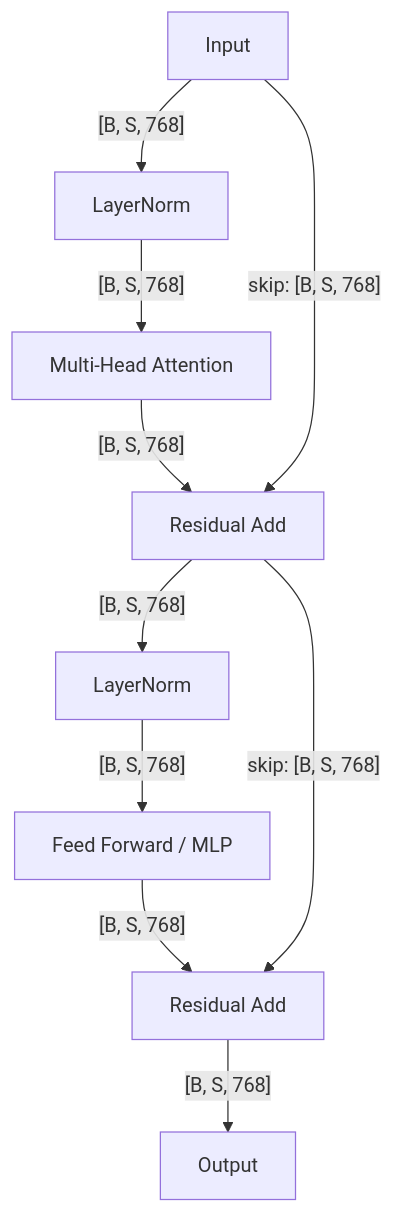
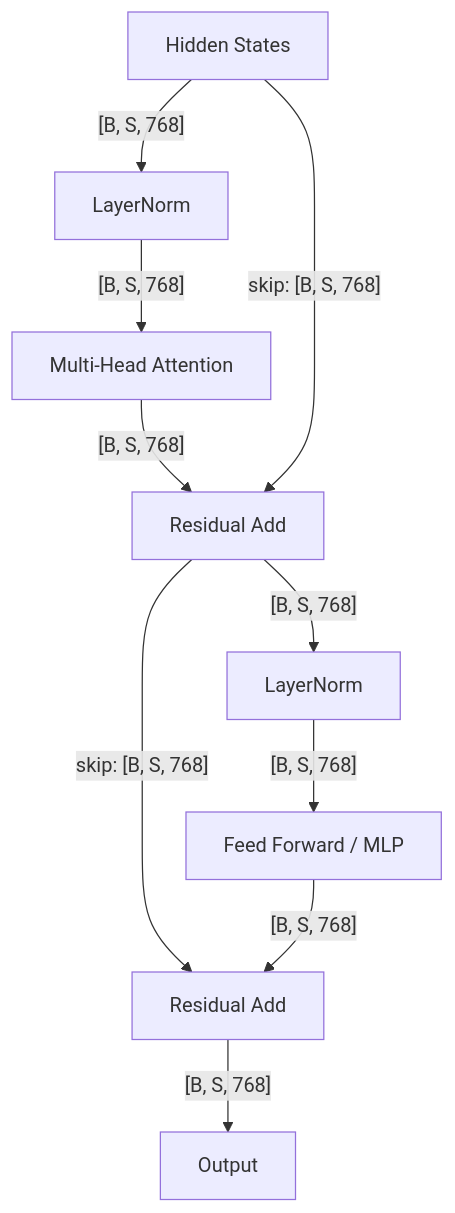
The diagram in output/gpt2/transformer_block.mmd (pranavsinghpatil/model-anatomy), drawn with Mermaid before and after one commit. The commit also changed 27 other files, not shown here.

```diff
--- a/output/gpt2/transformer_block.mmd
+++ b/output/gpt2/transformer_block.mmd
@@ -1,18 +1,18 @@
 flowchart TD
-    n0["Input"]
+    n0["Hidden States"]
     n1["LayerNorm"]
     n2["Multi-Head Attention"]
     n3["Residual Add"]
     n4["LayerNorm"]
     n5["Feed Forward / MLP"]
     n6["Residual Add"]
     n7["Output"]
     n0 -->|"[B, S, 768]"| n1
     n1 -->|"[B, S, 768]"| n2
     n2 -->|"[B, S, 768]"| n3
     n0 -->|"skip: [B, S, 768]"| n3
     n3 -->|"[B, S, 768]"| n4
     n4 -->|"[B, S, 768]"| n5
+    n3 -->|"skip: [B, S, 768]"| n6
     n5 -->|"[B, S, 768]"| n6
-    n3 -->|"skip: [B, S, 768]"| n6
     n6 -->|"[B, S, 768]"| n7
```
